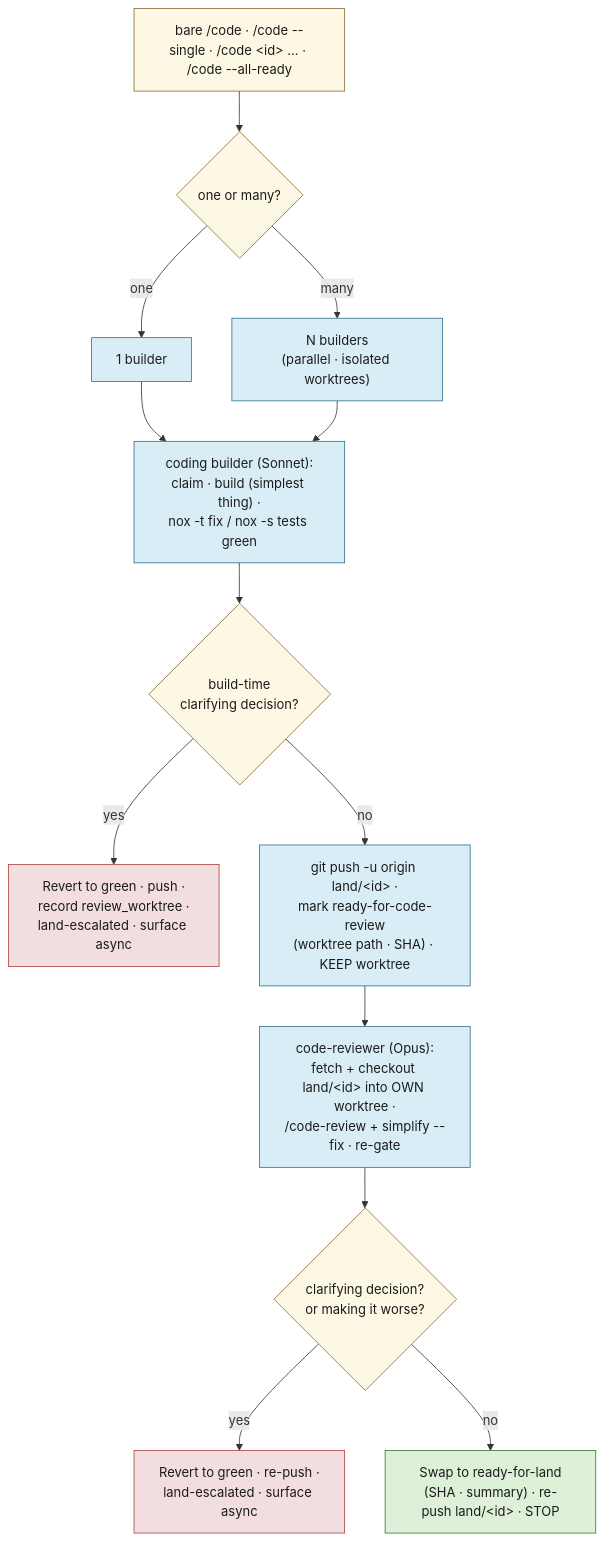
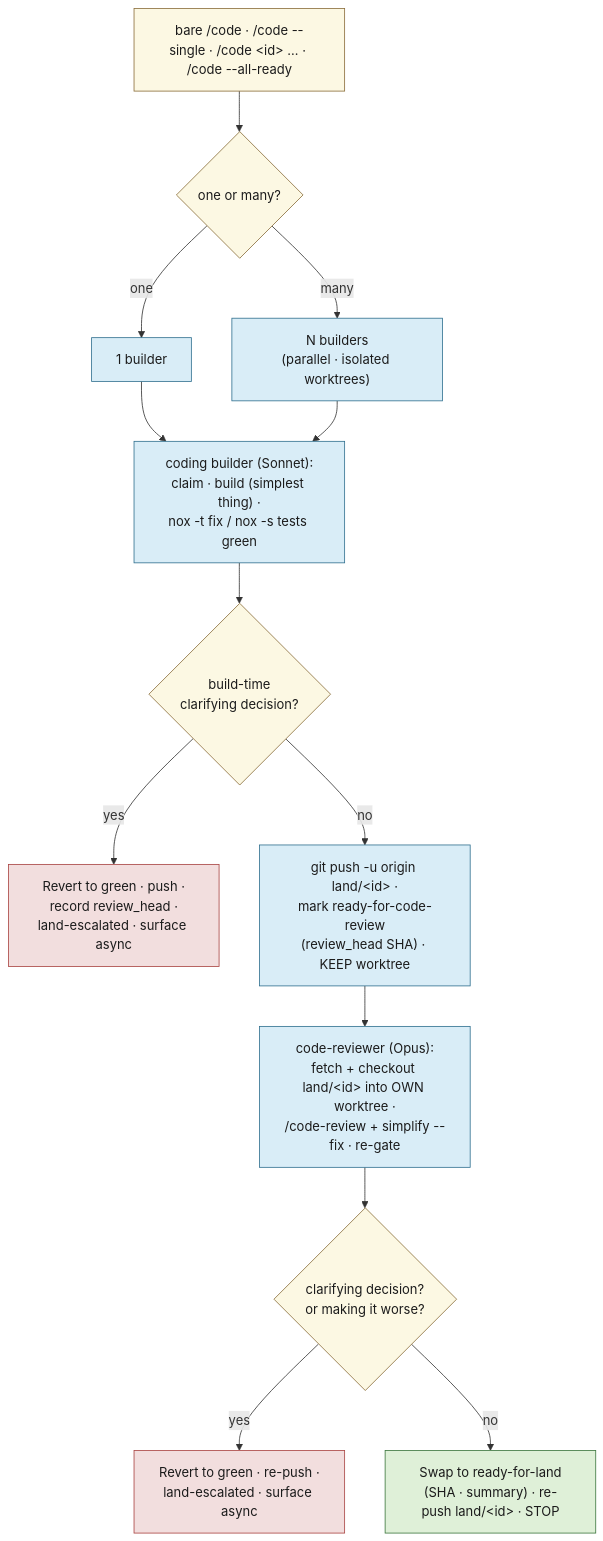
The third of 4 diagrams in docs/agents-workflow.md (bildzeitung/lode), drawn with Mermaid before and after one commit. The commit also changed other lines of this file and 5 other files, not shown here.

````diff
--- a/docs/agents-workflow.md
+++ b/docs/agents-workflow.md
@@ -930,26 +930,26 @@
 ```mermaid
 flowchart TD
     INV["bare /code · /code --single · /code &lt;id&gt; … · /code --all-ready"] --> N{"one or many?"}
     N -->|"one"| ONE["1 builder"]
     N -->|"many"| FAN["N builders<br>(parallel · isolated worktrees)"]
     ONE --> BUILD["coding builder (Sonnet):<br>claim · build (simplest thing) ·<br>nox -t fix / nox -s tests green"]
     FAN --> BUILD
     BUILD --> BESC{"build-time<br>clarifying decision?"}
-    BESC -->|"yes"| BHOLD["Revert to green · push ·<br>record review_worktree ·<br>land-escalated · surface async"]
-    BESC -->|"no"| PUSH["git push -u origin land/&lt;id&gt; ·<br>mark ready-for-code-review<br>(worktree path · SHA) · KEEP worktree"]
+    BESC -->|"yes"| BHOLD["Revert to green · push ·<br>record review_head ·<br>land-escalated · surface async"]
+    BESC -->|"no"| PUSH["git push -u origin land/&lt;id&gt; ·<br>mark ready-for-code-review<br>(review_head SHA) · KEEP worktree"]
     PUSH --> REV["code-reviewer (Opus):<br>fetch + checkout land/&lt;id&gt; into OWN worktree ·<br>/code-review + simplify --fix · re-gate"]
     REV --> RESC{"clarifying decision?<br>or making it worse?"}
     RESC -->|"yes"| RHOLD["Revert to green · re-push ·<br>land-escalated · surface async"]
     RESC -->|"no"| MARK["Swap to ready-for-land<br>(SHA · summary) · re-push land/&lt;id&gt; · STOP"]
 
     classDef start fill:#fcf8e3,stroke:#8a6d3b,color:#1b1b1b;
     classDef work fill:#d9edf7,stroke:#31708f,color:#1b1b1b;
     classDef gate fill:#fcf8e3,stroke:#8a6d3b,color:#1b1b1b;
     classDef bad fill:#f2dede,stroke:#a94442,color:#1b1b1b;
     classDef good fill:#dff0d8,stroke:#3c763d,color:#1b1b1b;
     class INV,N start;
     class ONE,FAN,BUILD,PUSH,REV work;
     class BESC,RESC gate;
     class BHOLD,RHOLD bad;
     class MARK good;
 ```
````
